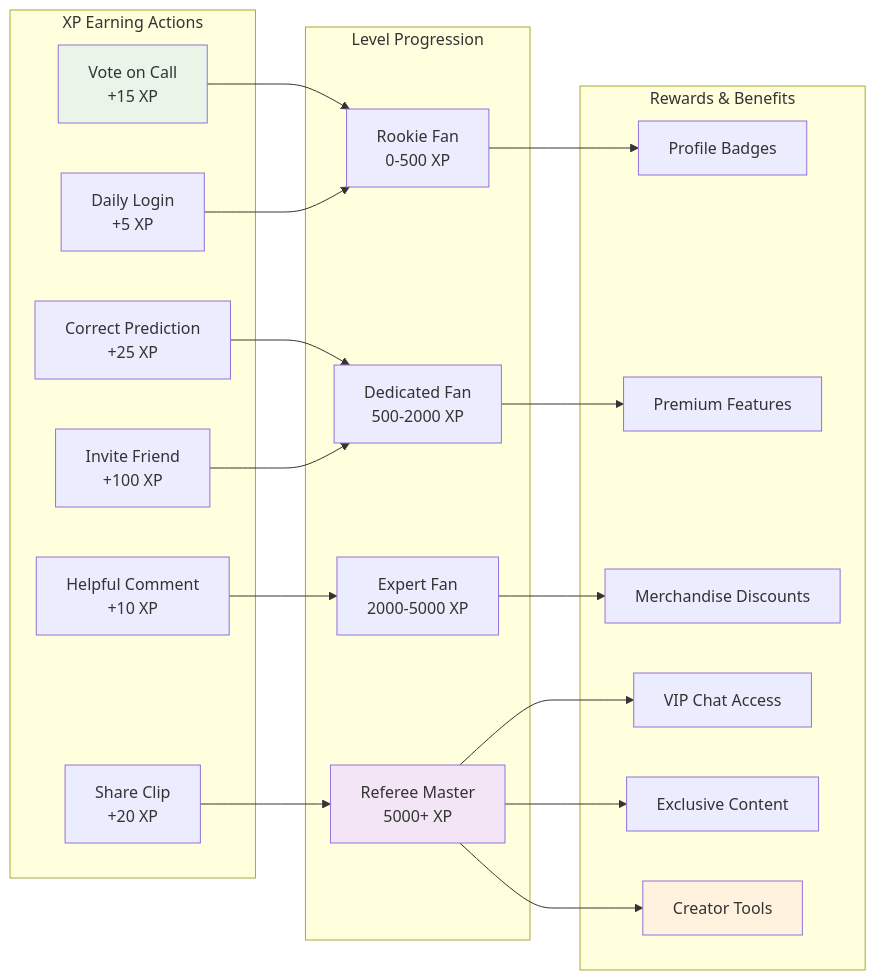
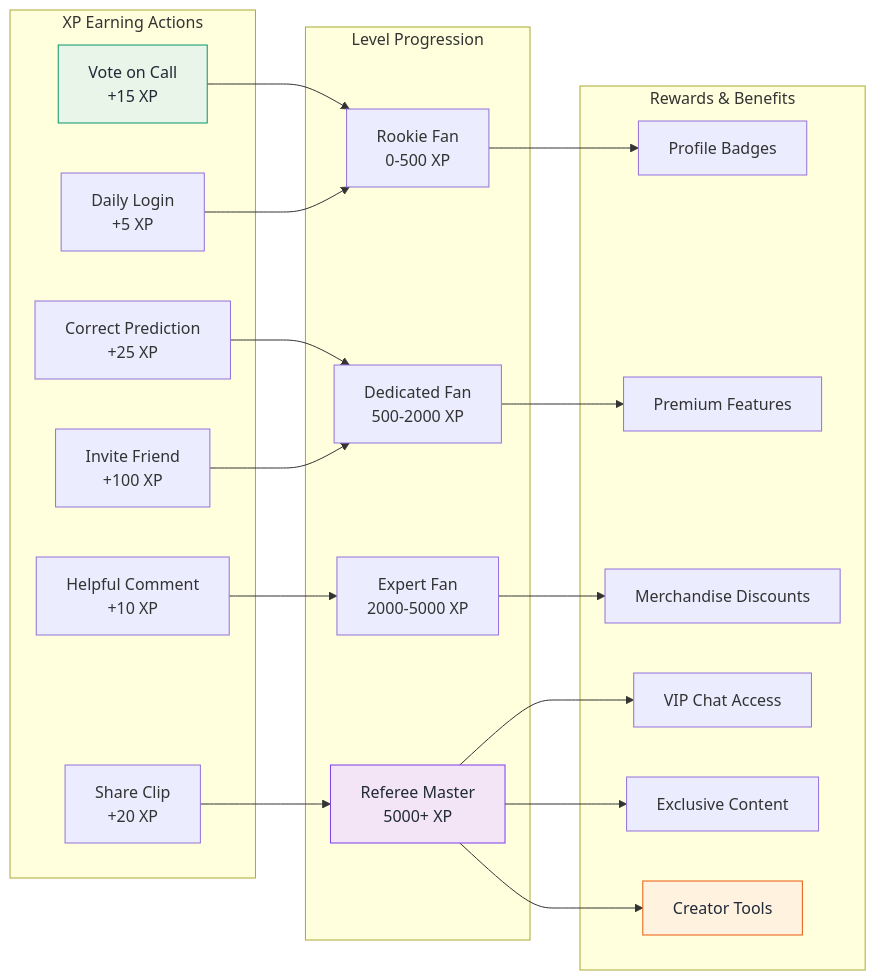
Before and after one commit to SkaFld-Ignite/ref-u-wireframes: the fifth of 9 diagrams in docs/investor-flows.md, drawn with Mermaid. The commit also changed other lines of this file and 1 other file, not shown here.

Commit message:
Enhanced Mermaid plugin configuration with professional theming and fixed Growth Strategy diagram

````diff
--- a/docs/investor-flows.md
+++ b/docs/investor-flows.md
@@ -192,45 +192,45 @@
 ```mermaid
 graph LR
     subgraph "XP Earning Actions"
         A1[Vote on Call<br/>+15 XP]
         A2[Correct Prediction<br/>+25 XP]
         A3[Helpful Comment<br/>+10 XP]
         A4[Share Clip<br/>+20 XP]
         A5[Daily Login<br/>+5 XP]
         A6[Invite Friend<br/>+100 XP]
     end
     
     subgraph "Level Progression"
         B1[Rookie Fan<br/>0-500 XP]
         B2[Dedicated Fan<br/>500-2000 XP]
         B3[Expert Fan<br/>2000-5000 XP]
         B4[Referee Master<br/>5000+ XP]
     end
     
     subgraph "Rewards & Benefits"
         C1[Profile Badges]
         C2[Premium Features]
         C3[Merchandise Discounts]
         C4[VIP Chat Access]
         C5[Exclusive Content]
         C6[Creator Tools]
     end
     
     A1 --> B1
     A2 --> B2
     A3 --> B3
     A4 --> B4
     A5 --> B1
     A6 --> B2
     
     B1 --> C1
     B2 --> C2
     B3 --> C3
     B4 --> C4
     B4 --> C5
     B4 --> C6
     
-    style A1 fill:#e8f5e8
-    style B4 fill:#f3e5f5
-    style C6 fill:#fff3e0
+    style A1 fill:#e8f5e8,stroke:#059669,color:#1f2937
+    style B4 fill:#f3e5f5,stroke:#7c3aed,color:#1f2937
+    style C6 fill:#fff3e0,stroke:#ea580c,color:#1f2937
 ```
````
